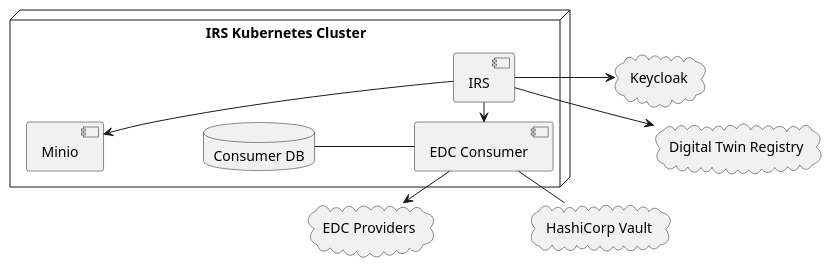
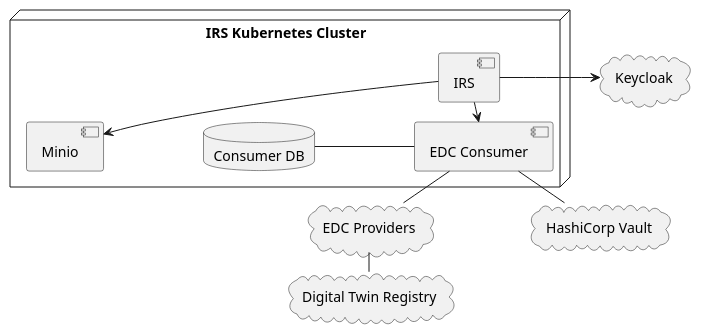
Before and after one commit to eclipse-tractusx/item-relationship-service: the diagram in docs/src/uml-diagrams/deployment-view/level-0-int.puml, drawn with PlantUML. The commit also changed 7 other files, not shown here.

```diff
--- a/docs/src/uml-diagrams/deployment-view/level-0-int.puml
+++ b/docs/src/uml-diagrams/deployment-view/level-0-int.puml
@@ -1,30 +1,30 @@
 @startuml
 skinparam monochrome true
 skinparam shadowing false
 skinparam nodesep 100
 skinparam ranksep 20
 
 cloud "Digital Twin Registry" as dtr
 cloud "EDC Providers" as providers
 cloud Keycloak
 cloud "HashiCorp Vault" as vault
 
 node "IRS Kubernetes Cluster" as k8s {
 
     component IRS
     component Minio
     component "EDC Consumer" as consumer
     database "Consumer DB" as cdb
 
     IRS --> Minio
     IRS --> consumer
     cdb - consumer
 
 }
 
 IRS -> Keycloak
-IRS --> dtr
-consumer --> providers
+providers -- dtr
+consumer -- providers
 consumer -- vault
 
 @enduml
```
